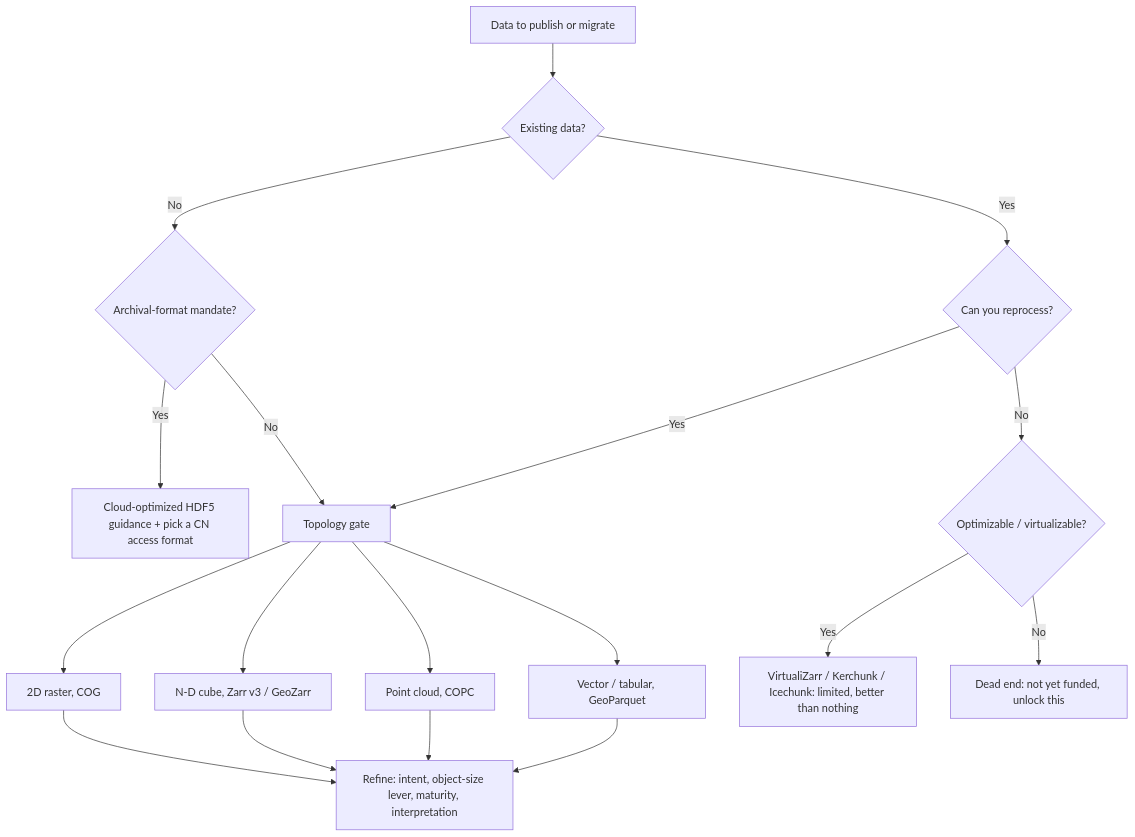
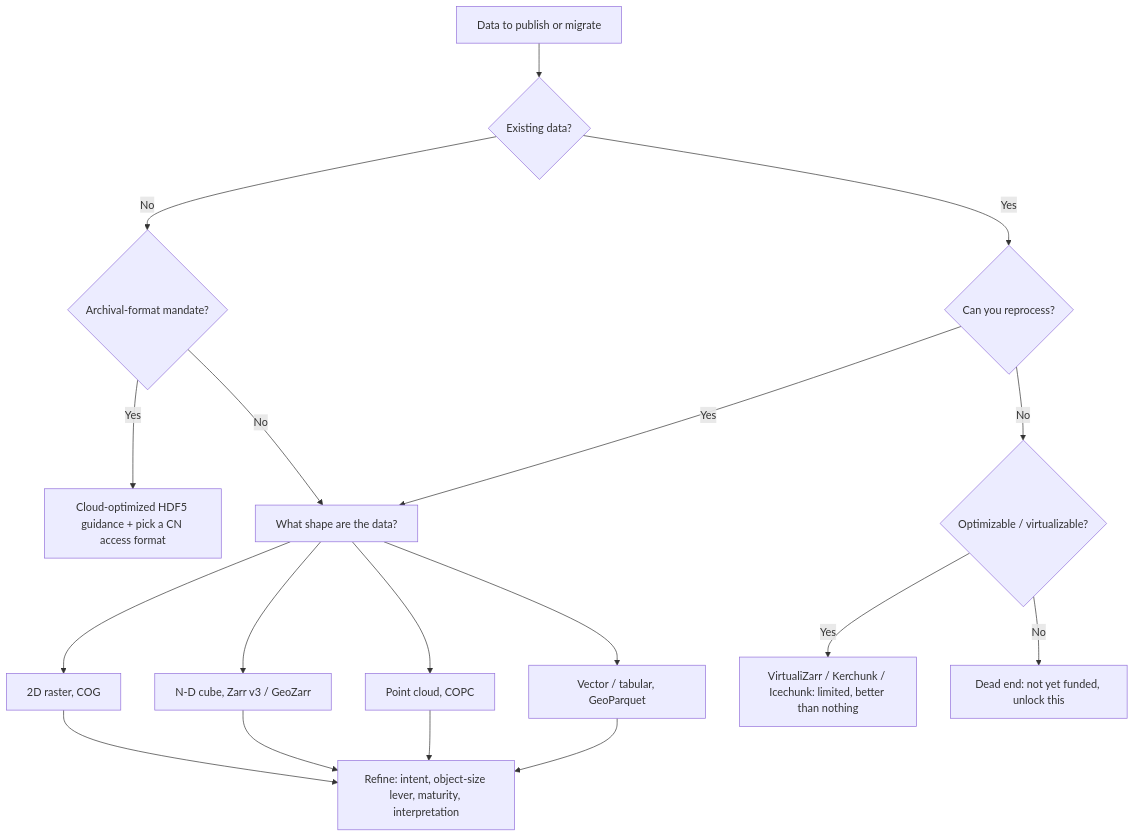
Before and after one commit to cloudnativegeo/cloud-optimized-geospatial-formats-guide: the diagram in decision-framework/index.qmd, drawn with Mermaid. The commit also changed other lines of this file, not shown here.

````diff
--- a/decision-framework/index.qmd
+++ b/decision-framework/index.qmd
@@ -67,20 +83,20 @@
 ```{mermaid}
 flowchart TD
     A[Data to publish or migrate] --> B{Existing data?}
     B -- No --> C{Archival-format mandate?}
     C -- Yes --> C1[Cloud-optimized HDF5 guidance + pick a CN access format]
-    C -- No --> T[Topology gate]
+    C -- No --> T[What shape are the data?]
     B -- Yes --> D{Can you reprocess?}
-    D -- Yes --> T
+    D -- Yes --> T[What shape are the data?]
     D -- No --> E{Optimizable / virtualizable?}
     E -- Yes --> E1[VirtualiZarr / Kerchunk / Icechunk: limited, better than nothing]
     E -- No --> E2[Dead end: not yet funded, unlock this]
     T --> T1[2D raster, COG]
     T --> T2[N-D cube, Zarr v3 / GeoZarr]
     T --> T3[Point cloud, COPC]
     T --> T4[Vector / tabular, GeoParquet]
     T1 --> R[Refine: intent, object-size lever, maturity, interpretation]
     T2 --> R
     T3 --> R
     T4 --> R
 ```
````
